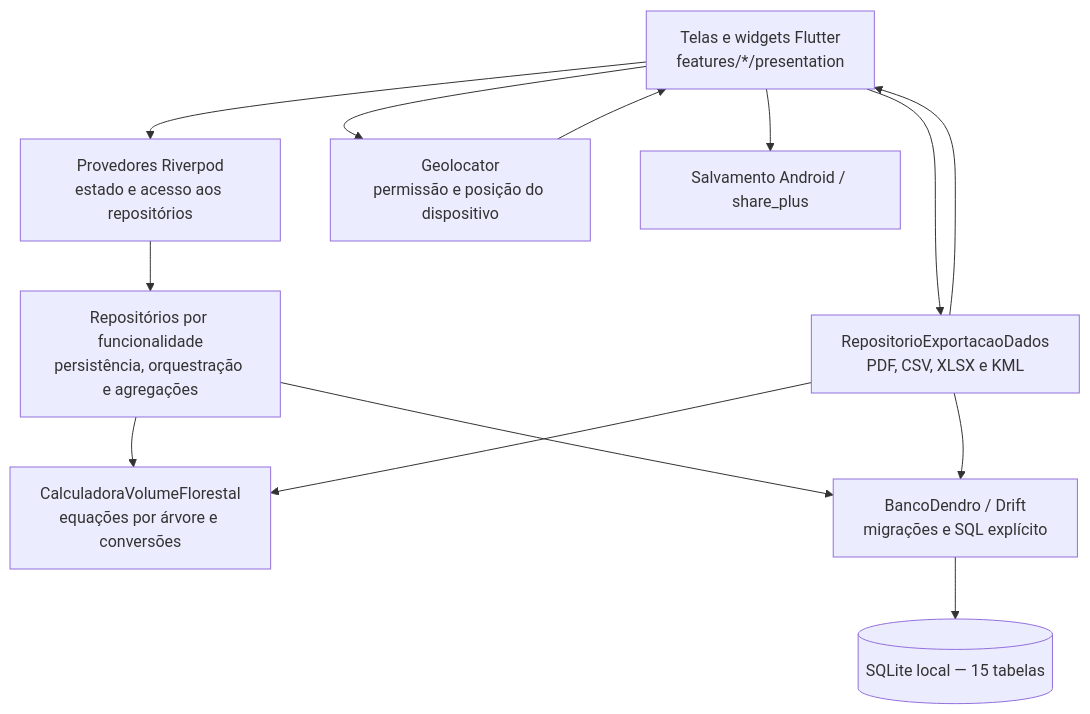
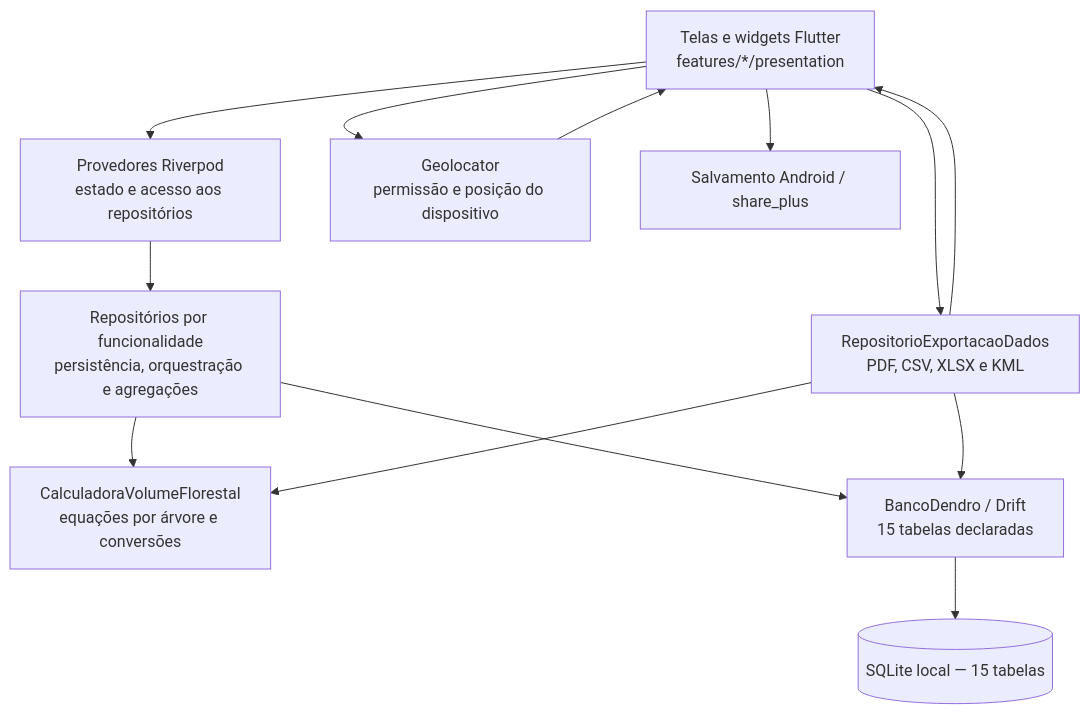
Before and after one commit to mateushernandes10-droid/dendro_mobile: the second of 8 diagrams in tcc_codex_context/docs/ENGINEERING_MODELS.md, drawn with Mermaid. The commit also changed other lines of this file and 60 other files, not shown here.

````diff
--- a/tcc_codex_context/docs/ENGINEERING_MODELS.md
+++ b/tcc_codex_context/docs/ENGINEERING_MODELS.md
@@ -62,24 +62,24 @@
 ```mermaid
 flowchart TB
     UI["Telas e widgets Flutter<br/>features/*/presentation"]
     RP["Provedores Riverpod<br/>estado e acesso aos repositórios"]
     REPO["Repositórios por funcionalidade<br/>persistência, orquestração e agregações"]
     CALC["CalculadoraVolumeFlorestal<br/>equações por árvore e conversões"]
-    DB["BancoDendro / Drift<br/>migrações e SQL explícito"]
+    DB["BancoDendro / Drift<br/>15 tabelas declaradas"]
     SQL[("SQLite local — 15 tabelas")]
     GEO["Geolocator<br/>permissão e posição do dispositivo"]
     EXPORT["RepositorioExportacaoDados<br/>PDF, CSV, XLSX e KML"]
     FILE["Salvamento Android / share_plus"]
     UI --> RP
     RP --> REPO
     REPO --> DB
     DB --> SQL
     REPO --> CALC
     UI --> GEO
     GEO --> UI
     UI --> EXPORT
     EXPORT --> DB
     EXPORT --> CALC
     UI --> FILE
     EXPORT --> UI
 ```
````
